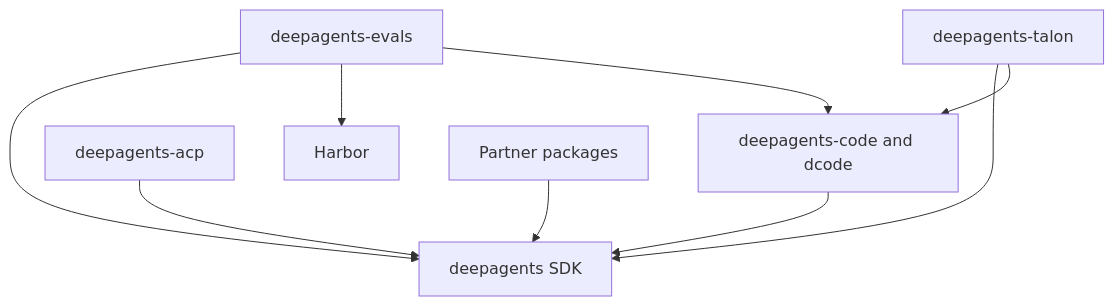
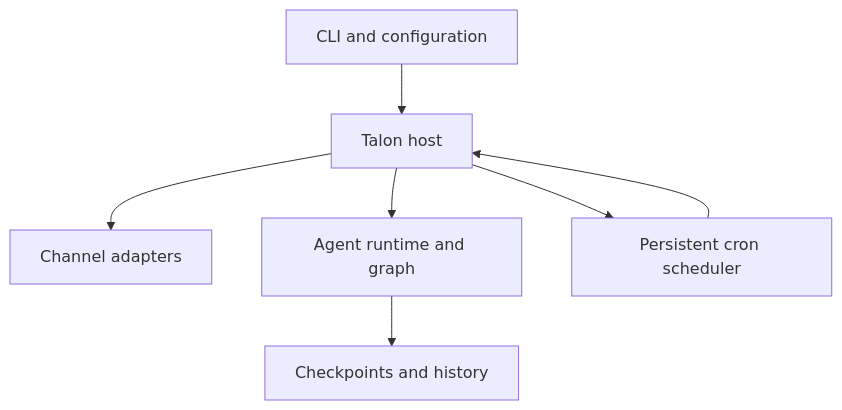
The diagram in openwiki/quickstart.md (langchain-ai/deepagents), drawn with Mermaid before and after one commit. The commit also changed other lines of this file and 28 other files, not shown here.

````diff
--- a/openwiki/quickstart.md
+++ b/openwiki/quickstart.md
@@ -112,11 +67,9 @@
 ```mermaid
 flowchart TD
-    Code["deepagents-code and dcode"] --> SDK["deepagents SDK"]
-    ACP["deepagents-acp"] --> SDK
-    Evals["deepagents-evals"] --> SDK
-    Evals --> Harbor["Harbor"]
-    Evals --> Code
-    Talon["deepagents-talon"] --> SDK
-    Talon --> Code
-    Partners["Partner packages"] --> SDK
+    Boot["CLI and configuration"] --> Host["Talon host"]
+    Host --> Channels["Channel adapters"]
+    Host --> Runtime["Agent runtime and graph"]
+    Host --> Scheduler["Persistent cron scheduler"]
+    Runtime --> State["Checkpoints and history"]
+    Scheduler --> Host
 ```
````
